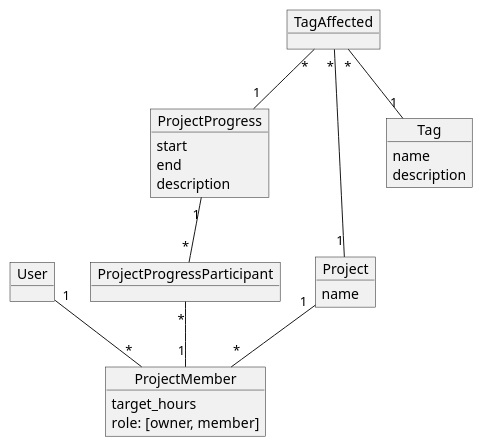
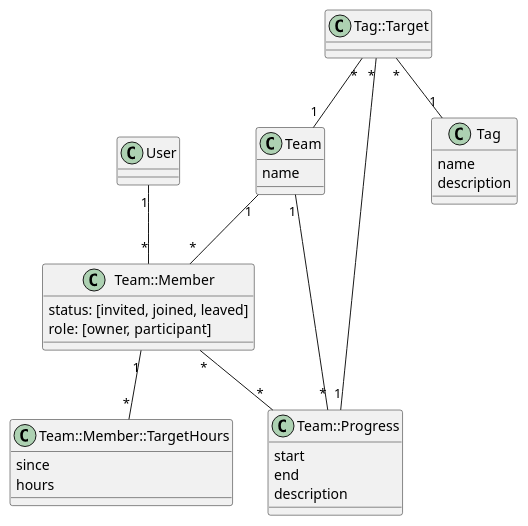
Before and after one commit to LiScI-Lab/Guardian-of-Times: the diagram in diagrams/main.puml, drawn with PlantUML. The commit also changed 95 other files, not shown here.

Commit message:
rename everything with project to team

```diff
--- a/diagrams/main.puml
+++ b/diagrams/main.puml
@@ -1,39 +1,44 @@
 @startuml
-object User {
+class User {
 }
 
-object Project {
+class Team {
   name
 }
 
-object ProjectMember {
-  target_hours
-  role: [owner, member]
+class Team::Member {
+  status: [invited, joined, leaved]
+  role: [owner, participant]
 }
 
-object ProjectProgress {
+class Team::Member::TargetHours {
+  since
+  hours
+}
+
+
+class Team::Progress {
   start
   end
   description
 }
 
-object TagAffected
+class Tag::Target
 
-object ProjectProgressParticipant
-
-object Tag {
+class Tag {
   name
   description
 }
 
-User "1" -- "*" ProjectMember
-Project "1" -- "*" ProjectMember
+User "1" -- "*" Team::Member
+Team "1" -- "*" Team::Member
+Team "1" -- "*" Team::Progress
 
-ProjectProgressParticipant "*" -- "1" ProjectMember
-ProjectProgressParticipant "*" -u- "1" ProjectProgress
+Team::Member "1" -- "*" Team::Member::TargetHours
+Team::Member "*" -- "*" Team::Progress
 
-TagAffected "*" -- "1" Tag
-TagAffected "*" -- "1" Project
-TagAffected "*" -- "1" ProjectProgress
+Tag::Target "*" -- "1" Tag
+Tag::Target "*" -- "1" Team
+Tag::Target "*" -- "1" Team::Progress
 
 @enduml
```
